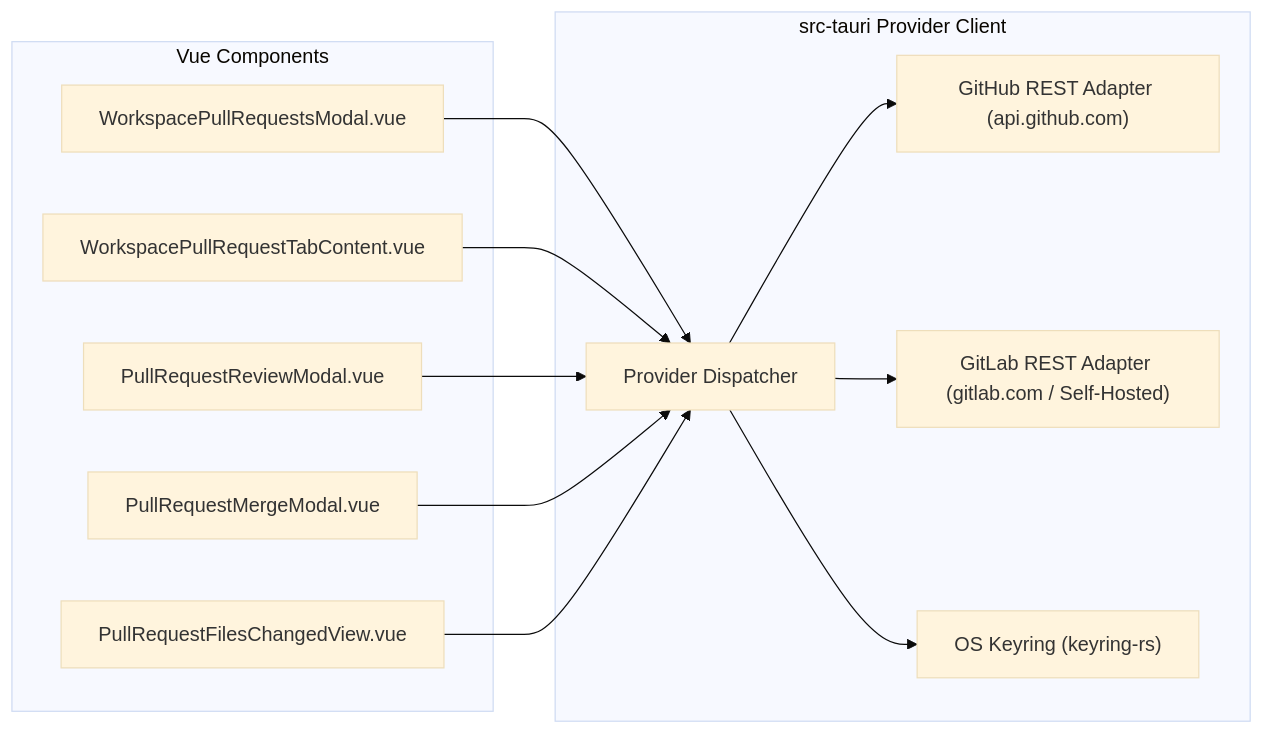
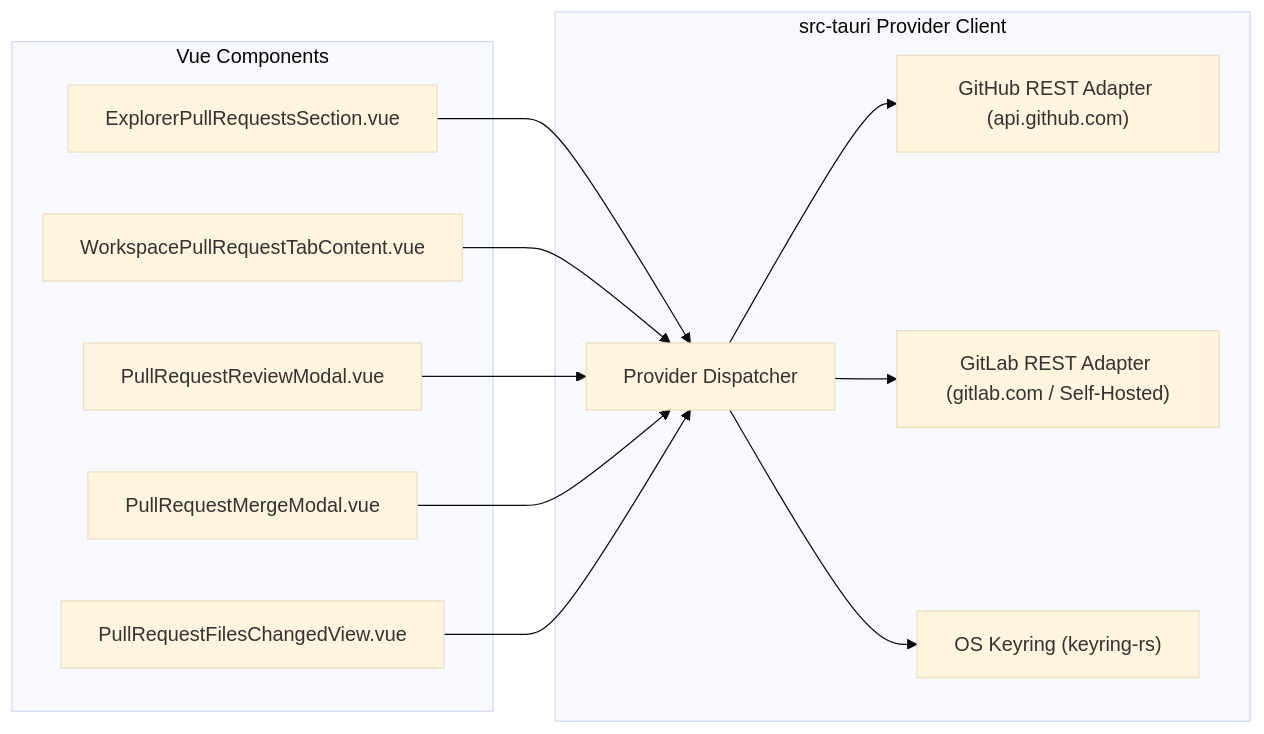
Before and after one commit to farshidrezaei/gitverse: the first of 2 diagrams in docs/modules/PROVIDER-INTEGRATION.md, drawn with Mermaid (base theme). The commit also changed 9 other files, not shown here.

Commit message:
feat(provider): replace PR modal with unified explorer section and workbench tabs

````diff
--- a/docs/modules/PROVIDER-INTEGRATION.md
+++ b/docs/modules/PROVIDER-INTEGRATION.md
@@ -11,27 +11,27 @@
 ```mermaid
 flowchart LR
     subgraph Frontend["Vue Components"]
-        PRModal["WorkspacePullRequestsModal.vue"]
+        PRExplorer["ExplorerPullRequestsSection.vue"]
         PRTab["WorkspacePullRequestTabContent.vue"]
         DiffView["PullRequestFilesChangedView.vue"]
         ReviewModal["PullRequestReviewModal.vue"]
         MergeModal["PullRequestMergeModal.vue"]
     end
 
     subgraph RustLayer["src-tauri Provider Client"]
         ClientRouter["Provider Dispatcher"]
         GitHubAdapter["GitHub REST Adapter (api.github.com)"]
         GitLabAdapter["GitLab REST Adapter (gitlab.com / Self-Hosted)"]
         Keyring["OS Keyring (keyring-rs)"]
     end
 
-    PRModal --> ClientRouter
+    PRExplorer --> ClientRouter
     PRTab --> ClientRouter
     ReviewModal --> ClientRouter
     MergeModal --> ClientRouter
     DiffView --> ClientRouter
 
     ClientRouter --> Keyring
     ClientRouter --> GitHubAdapter
     ClientRouter --> GitLabAdapter
 ```
````
